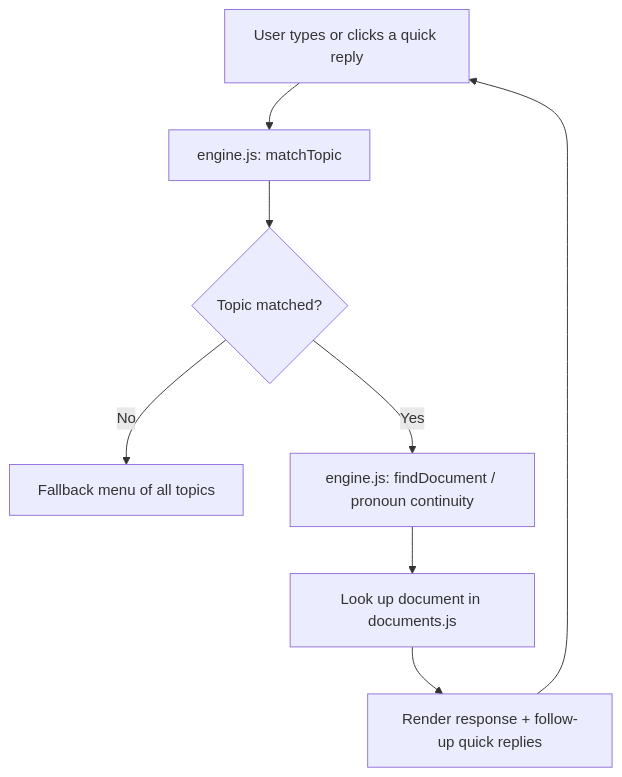
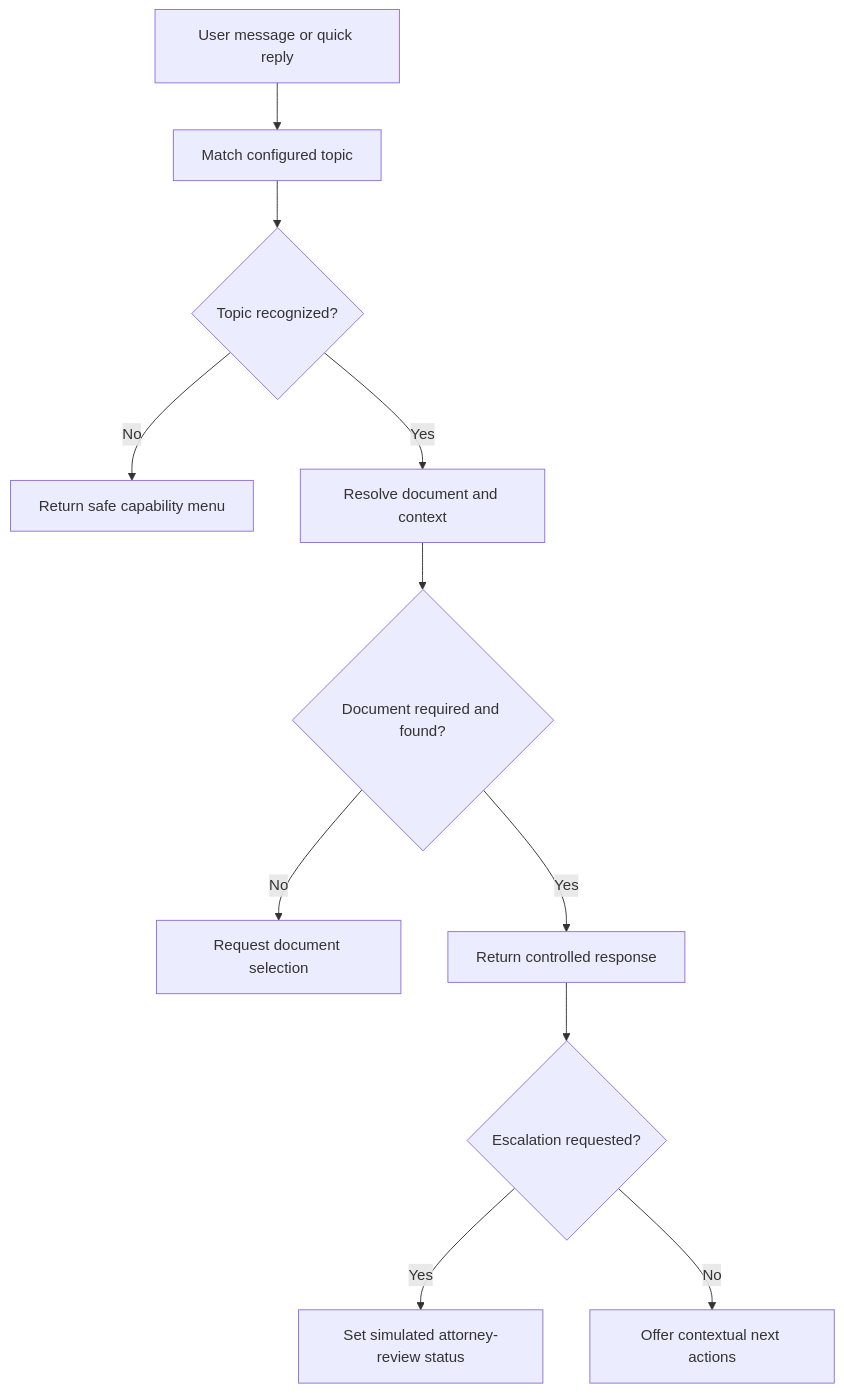
Before and after one commit to shalineesinghvit12-source/deal-room-assistant: the first of 2 diagrams in README.md, drawn with Mermaid. The commit also changed other lines of this file, not shown here.

````diff
--- a/README.md
+++ b/README.md
@@ -32,10 +95,13 @@
 ```mermaid
 flowchart TD
-    A[User types or clicks a quick reply] --> B[engine.js: matchTopic]
-    B --> C{Topic matched?}
-    C -- No --> D[Fallback menu of all topics]
-    C -- Yes --> E[engine.js: findDocument / pronoun continuity]
-    E --> F[Look up document in documents.js]
-    F --> G[Render response + follow-up quick replies]
-    G --> A
+    A["User message or quick reply"] --> B["Match configured topic"]
+    B --> C{"Topic recognized?"}
+    C -->|No| D["Return safe capability menu"]
+    C -->|Yes| E["Resolve document and context"]
+    E --> F{"Document required and found?"}
+    F -->|No| G["Request document selection"]
+    F -->|Yes| H["Return controlled response"]
+    H --> I{"Escalation requested?"}
+    I -->|Yes| J["Set simulated attorney-review status"]
+    I -->|No| K["Offer contextual next actions"]
 ```
````
